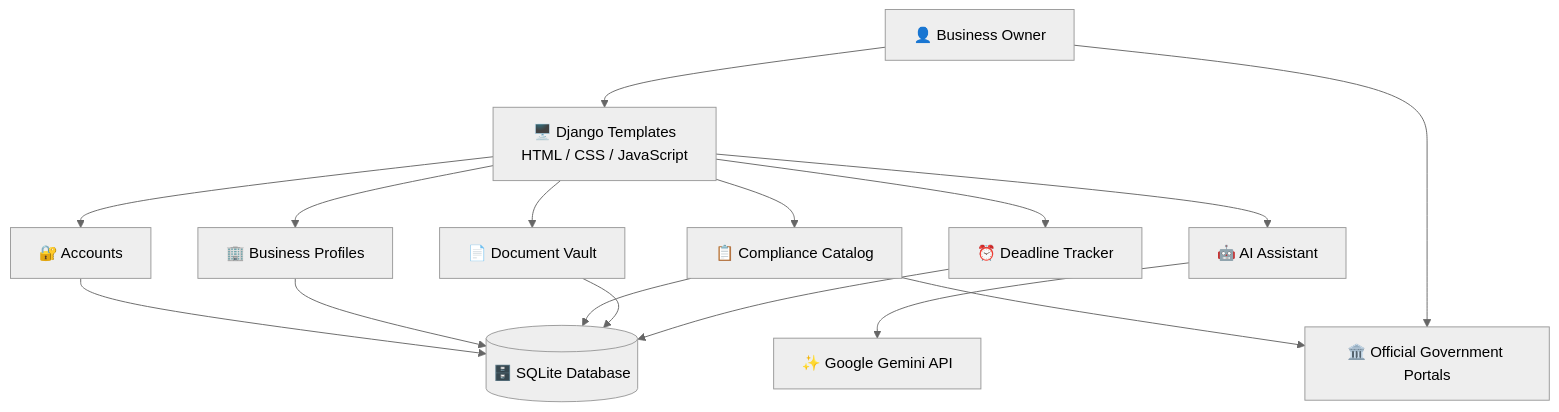
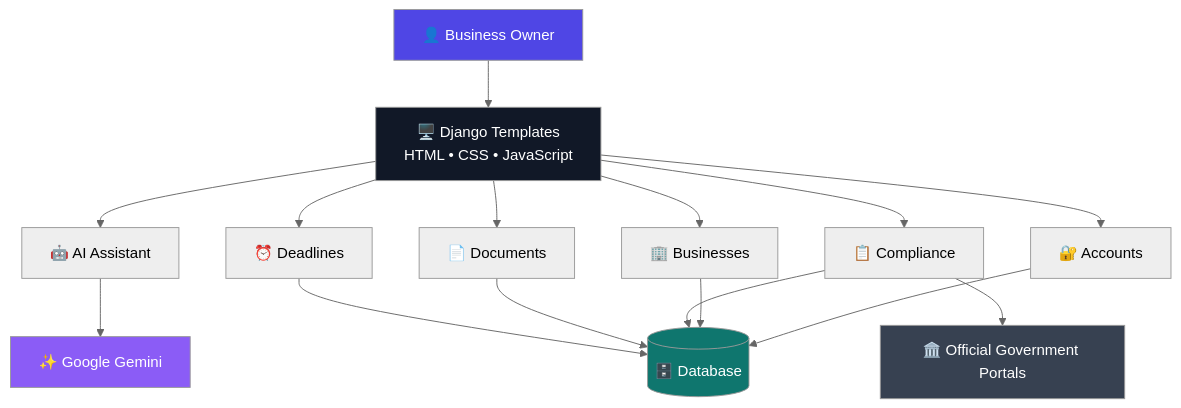
One commit to aryanbindal89/SmallBiz-AI changed the second of 2 diagrams in README.md. Above: the diagram before and after it, drawn with Mermaid (neutral theme). The commit also changed other lines of this file, not shown here.

````diff
--- a/README.md
+++ b/README.md
@@ -179,37 +326,43 @@
 ```mermaid
 flowchart TB
 
-    User["👤 Business Owner"]
+    USER["👤 Business Owner"]
 
-    UI["🖥️ Django Templates<br/>HTML / CSS / JavaScript"]
+    FRONTEND["🖥️ Django Templates<br/>HTML • CSS • JavaScript"]
 
-    Auth["🔐 Accounts"]
+    AUTH["🔐 Accounts"]
+    BUSINESS["🏢 Businesses"]
     AI["🤖 AI Assistant"]
-    Business["🏢 Business Profiles"]
-    Compliance["📋 Compliance Catalog"]
-    Documents["📄 Document Vault"]
-    Deadlines["⏰ Deadline Tracker"]
+    COMPLIANCE["📋 Compliance"]
+    DOCS["📄 Documents"]
+    DEADLINES["⏰ Deadlines"]
 
-    Gemini["✨ Google Gemini API"]
-    DB[("🗄️ SQLite Database")]
-    Government["🏛️ Official Government Portals"]
+    GEMINI["✨ Google Gemini"]
+    DATABASE[("🗄️ Database")]
+    PORTALS["🏛️ Official Government Portals"]
 
-    User --> UI
+    USER --> FRONTEND
 
-    UI --> Auth
-    UI --> AI
-    UI --> Business
-    UI --> Compliance
-    UI --> Documents
-    UI --> Deadlines
+    FRONTEND --> AUTH
+    FRONTEND --> BUSINESS
+    FRONTEND --> AI
+    FRONTEND --> COMPLIANCE
+    FRONTEND --> DOCS
+    FRONTEND --> DEADLINES
 
-    AI --> Gemini
-    Auth --> DB
-    Business --> DB
-    Compliance --> DB
-    Documents --> DB
-    Deadlines --> DB
+    AI --> GEMINI
 
-    Compliance --> Government
-    User --> Government
+    AUTH --> DATABASE
+    BUSINESS --> DATABASE
+    COMPLIANCE --> DATABASE
+    DOCS --> DATABASE
+    DEADLINES --> DATABASE
+
+    COMPLIANCE --> PORTALS
+
+    style USER fill:#4f46e5,color:#fff
+    style FRONTEND fill:#111827,color:#fff
+    style GEMINI fill:#8b5cf6,color:#fff
+    style DATABASE fill:#0f766e,color:#fff
+    style PORTALS fill:#374151,color:#fff
 ```
````
